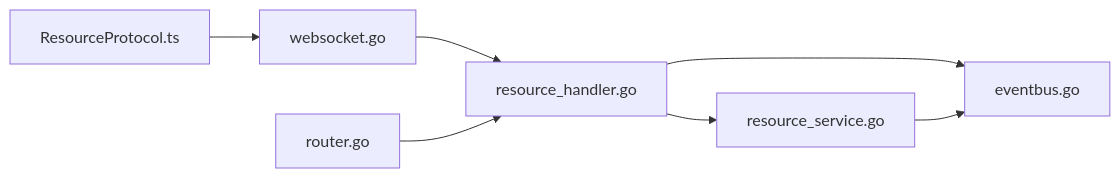
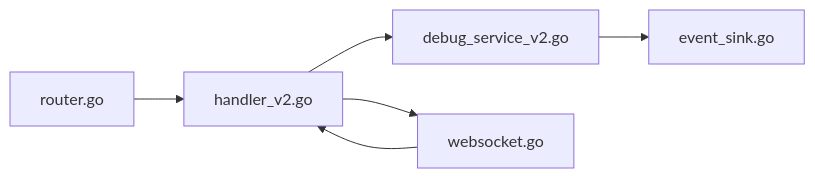
Before and after one commit to kqcoxn/MaaPipelineEditor: the third of 3 diagrams in .qoder/repowiki/zh/content/开发者指南/LocalBridge 通信协议.md, drawn with Mermaid. The commit also changed other lines of this file and 10 other files, not shown here.

````diff
--- a/.qoder/repowiki/zh/content/开发者指南/LocalBridge 通信协议.md
+++ b/.qoder/repowiki/zh/content/开发者指南/LocalBridge 通信协议.md
@@ -216,9 +181,8 @@
 ```mermaid
 graph LR
-RH["resource_handler.go"] --> RS["resource_service.go"]
-RH --> EB["eventbus.go"]
-RS --> EB
-WS["websocket.go"] --> RH
-RP["ResourceProtocol.ts"] --> WS
+RH["handler_v2.go"] --> DS["debug_service_v2.go"]
+RH --> WS["websocket.go"]
+DS --> SK["event_sink.go"]
+WS --> RH
 RT["router.go"] --> RH
 ```
````
